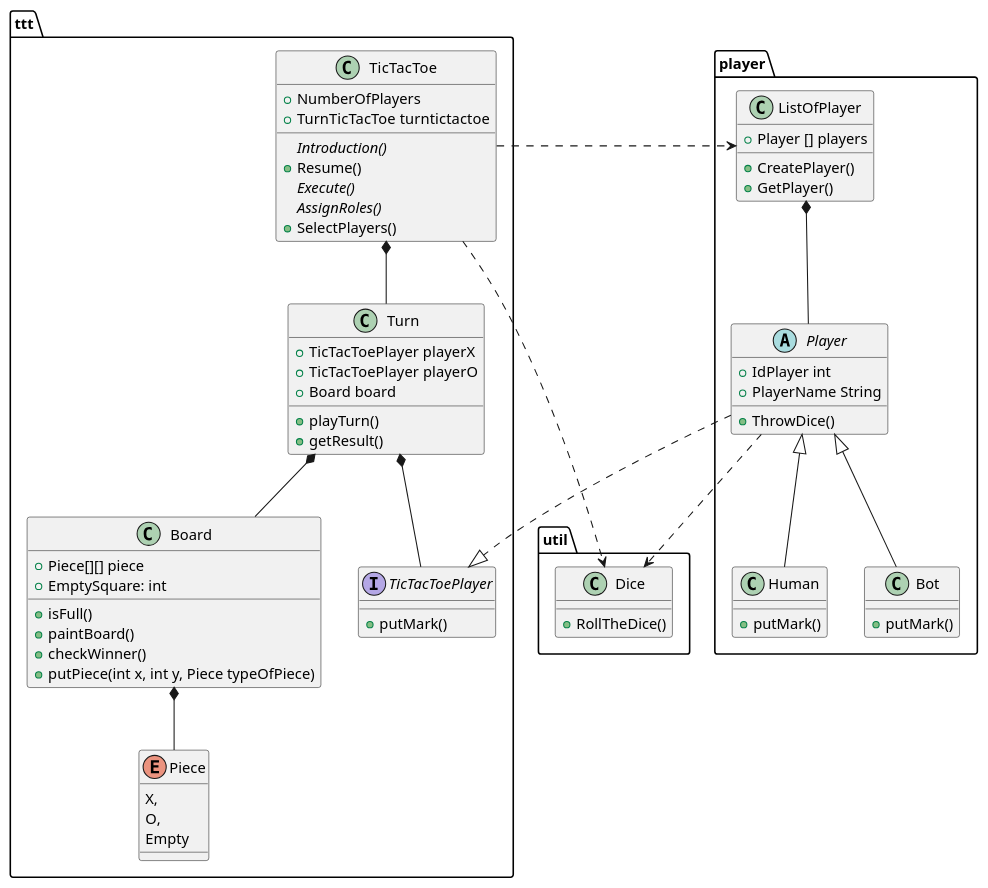
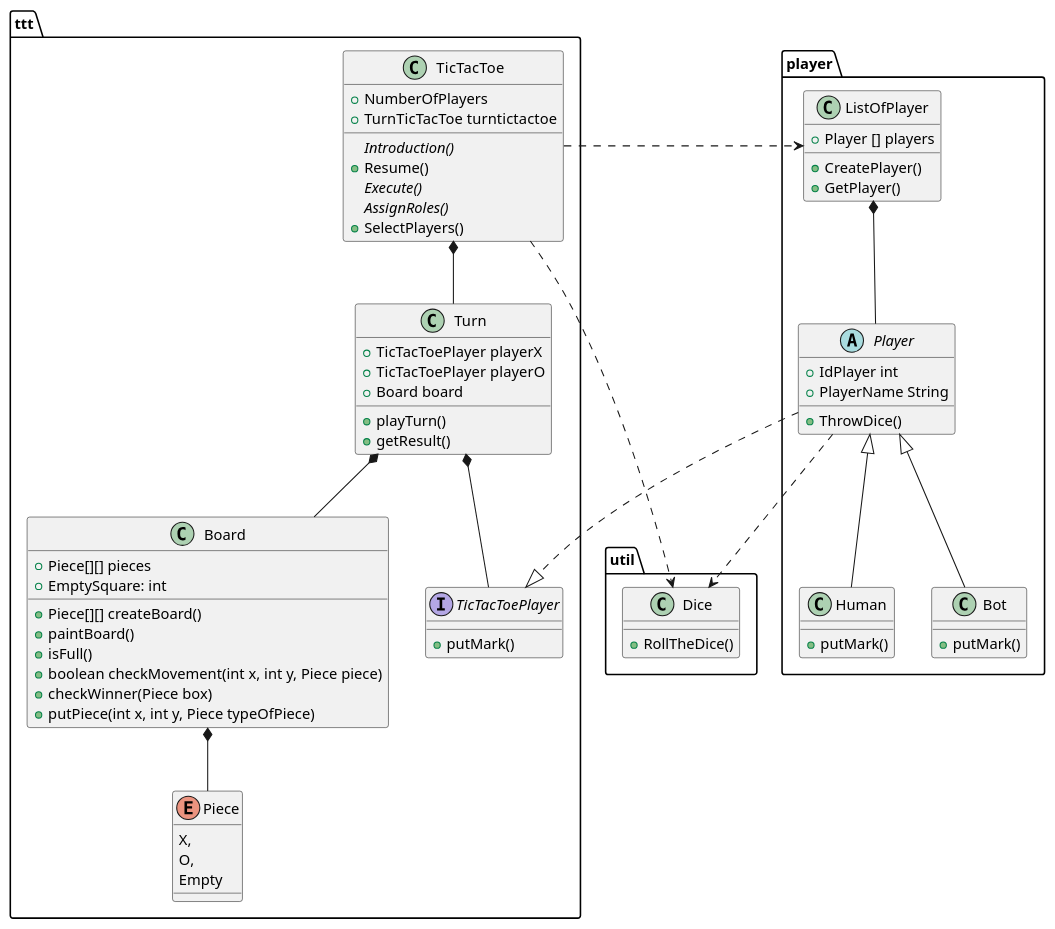
The diagram in diagrams/ClassDiagramTicTacToe.wsd (Gabs16TL/Games_Platform), drawn with PlantUML before and after one commit. The commit also changed 18 other files, not shown here.

Commit message:
Position was implemented in Tic Tac Toe and Board y se actualizaron los nombres de los métodos de board en el diagrama y en la clase

```diff
--- a/diagrams/ClassDiagramTicTacToe.wsd
+++ b/diagrams/ClassDiagramTicTacToe.wsd
@@ -1,75 +1,77 @@
 @startuml Tictactoe
 
 package player {
     abstract class Player {
         +IdPlayer int
         +PlayerName String
         +ThrowDice()
     }
     Class ListOfPlayer {
         +Player [] players
         +CreatePlayer()
         +GetPlayer()
     }
     Class Human {
         +putMark()
     }
     Class Bot {
         +putMark()
     }
 }
 
 package util {
     class Dice {
         +RollTheDice()
     }
 }
 
 package ttt {
     class TicTacToe {
         +NumberOfPlayers
         +TurnTicTacToe turntictactoe
         {abstract}Introduction()
         +Resume()
         {abstract}Execute()
         {abstract}AssignRoles()
         +SelectPlayers()
     }
     interface TicTacToePlayer {
         +putMark()
     }
     class Turn {
         +TicTacToePlayer playerX
         +TicTacToePlayer playerO
         +Board board
         +playTurn()
         +getResult()
     }
     class Board {
-        +Piece[][] piece
-        +EmptySquare: int
-        +isFull()
-        +paintBoard()
-        +checkWinner()
-        +putPiece(int x, int y, Piece typeOfPiece)
-    }
+            +Piece[][] pieces
+            +EmptySquare: int
+            +Piece[][] createBoard()
+            +paintBoard()
+            +isFull()
+            +boolean checkMovement(int x, int y, Piece piece)
+            +checkWinner(Piece box)
+            +putPiece(int x, int y, Piece typeOfPiece)
+        }
     Enum Piece {
         X,
         O,
         Empty
     }
 }
 
 TicTacToe *-- Turn
 Turn *-- TicTacToePlayer
 Board *-- Piece
 TicTacToe ..> ListOfPlayer
 ListOfPlayer *-- Player
 Turn *-- Board
 Player ..|> TicTacToePlayer
 Player <|-- Human
 Player <|-- Bot
 TicTacToe ..> Dice
 Player ..> Dice
 
 @enduml
```
